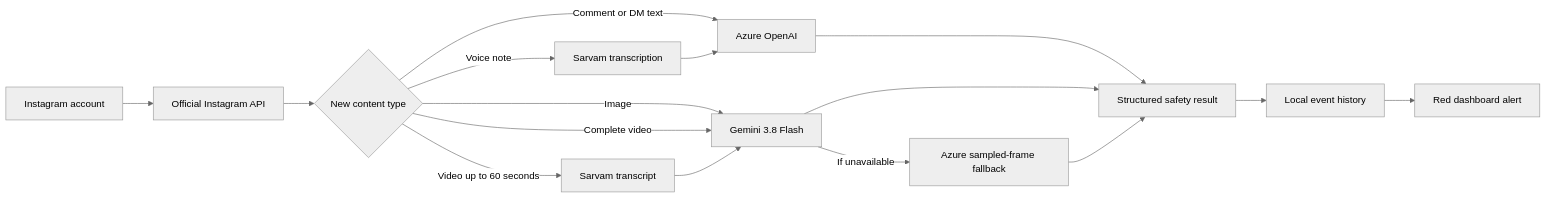
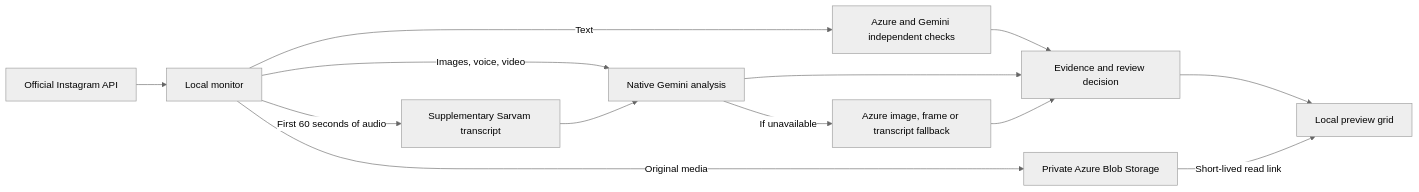
Before and after one commit to beyondmarks-ai/Cyberbullying: the diagram in README.md, drawn with Mermaid (neutral theme). The commit also changed other lines of this file and 15 other files, not shown here.

Commit message:
Add sensitive multimodal screening and private Azure previews

````diff
--- a/README.md
+++ b/README.md
@@ -28,18 +255,15 @@
 ```mermaid
 flowchart LR
-    A[Instagram account] --> B[Official Instagram API]
-    B --> C{New content type}
-    C -->|Comment or DM text| D[Azure OpenAI]
-    C -->|Image| G
-    C -->|Voice note| E[Sarvam transcription]
-    E --> D
-    C -->|Video up to 60 seconds| F[Sarvam transcript]
-    C -->|Complete video| G[Gemini 3.8 Flash]
-    F --> G
-    G -->|If unavailable| H[Azure sampled-frame fallback]
-    D --> I[Structured safety result]
-    G --> I
-    H --> I
-    I --> J[Local event history]
-    J --> K[Red dashboard alert]
+    IG[Official Instagram API] --> M[Local monitor]
+    M -->|Original media| B[Private Azure Blob Storage]
+    M -->|Text| T[Azure and Gemini independent checks]
+    M -->|Images, voice, video| G[Native Gemini analysis]
+    M -->|First 60 seconds of audio| S[Supplementary Sarvam transcript]
+    S --> G
+    G -->|If unavailable| F[Azure image, frame or transcript fallback]
+    T --> R[Evidence and review decision]
+    G --> R
+    F --> R
+    R --> D[Local preview grid]
+    B -->|Short-lived read link| D
 ```
````
